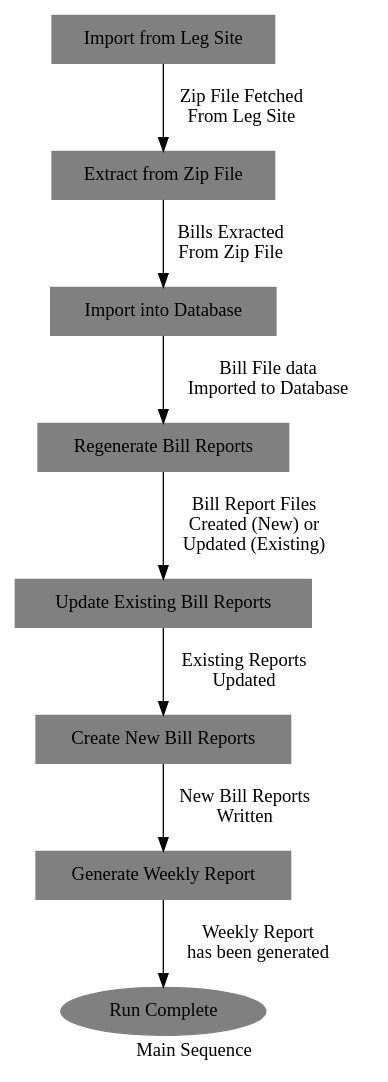
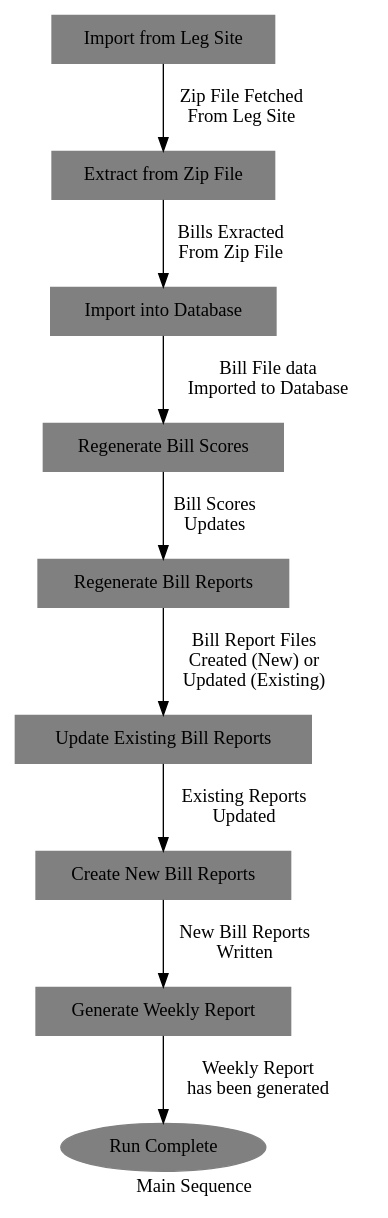
One commit to josgood88/Scout2 changed the diagram in Documentation/MainSequence/Diagram.dot. Above: the diagram before and after it, drawn with Graphviz. The commit also changed 13 other files, not shown here.

Commit message:
Compute bill scores and update the database with those results.  Needs revision to preserve position field.

```diff
--- a/Documentation/MainSequence/Diagram.dot
+++ b/Documentation/MainSequence/Diagram.dot
@@ -1,26 +1,28 @@
 #
 digraph diagram
 {
    label="Main Sequence"
 #  rankdir = LR;
 #  concentrate = true;
 #  edge[samehead=h1, sametail=t1];
    edge[samehead=h1];
 
 "Done"     [label="Run Complete",shape = ellipse,style = filled,color = gray]
 "Import"   [label="Import into Database",shape = rectangle,style = filled,color = gray]
 "LegSite"  [label="Import from Leg Site",shape = rectangle,style = filled,color = gray]
 "New"      [label="Create New Bill Reports",shape = rectangle,style = filled,color = gray]
 "Regen"    [label="Regenerate Bill Reports",shape = rectangle,style = filled,color = gray]
 "Report"   [label="Generate Weekly Report",shape = rectangle,style = filled,color = gray]
+"Scores"   [label="Regenerate Bill Scores",shape = rectangle,style = filled,color = gray]
 "Update"   [label="Update Existing Bill Reports",shape = rectangle,style = filled,color = gray]
 "ZipFile"  [label="Extract from Zip File",shape = rectangle,style = filled,color = gray]
 
 "LegSite"  -> "ZipFile" [label="Zip File Fetched\nFrom Leg Site"]
 "ZipFile"  -> "Import"  [label="Bills Exracted\nFrom Zip File"]
-"Import"   -> "Regen"   [label="Bill File data\nImported to Database"]
+"Import"   -> "Scores"  [label="Bill File data\nImported to Database"]
+"Scores"   -> "Regen"   [label="Bill Scores\nUpdates"]
 "Regen"    -> "Update"  [label="Bill Report Files\nCreated (New) or\nUpdated (Existing)"]
 "Update"   -> "New"     [label="Existing Reports\nUpdated"]
 "New"      -> "Report"  [label="New Bill Reports\nWritten"]
 "Report"   -> "Done"    [label="Weekly Report\nhas been generated"]
 }
```
